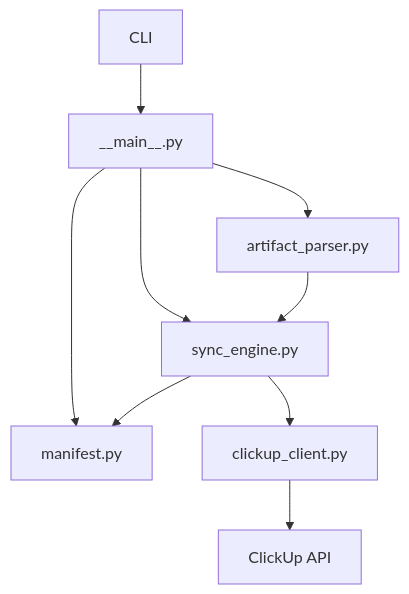
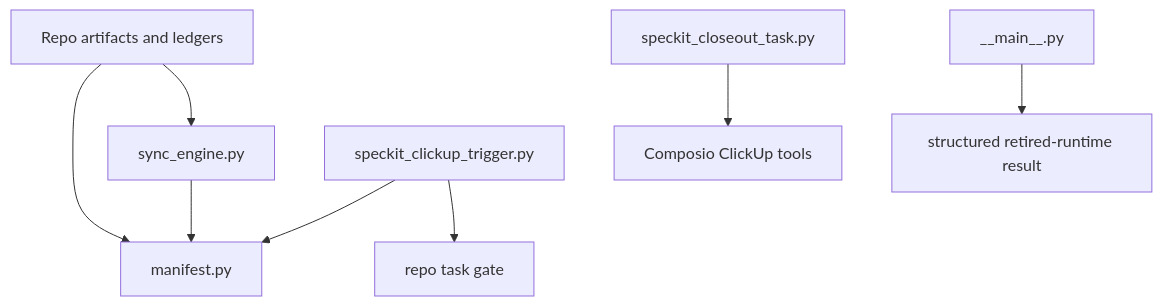
One commit to aborczuk/app-foundation changed the diagram in docs/architecture/mcp-clickup.md. Above: the diagram before and after it, drawn with Mermaid. The commit also changed other lines of this file and 12 other files, not shown here.

````diff
--- a/docs/architecture/mcp-clickup.md
+++ b/docs/architecture/mcp-clickup.md
@@ -21,11 +21,10 @@
 ```mermaid
 flowchart TD
-    A[CLI] --> B[__main__.py]
-    B --> C[artifact_parser.py]
-    B --> D[manifest.py]
-    B --> E[sync_engine.py]
-    E --> F[clickup_client.py]
-    E --> D
-    C --> E
-    F --> G[ClickUp API]
+    A["Repo artifacts and ledgers"] --> B["manifest.py"]
+    A --> C["sync_engine.py"]
+    D["speckit_closeout_task.py"] --> E["Composio ClickUp tools"]
+    F["speckit_clickup_trigger.py"] --> B
+    F --> G["repo task gate"]
+    C --> B
+    H["__main__.py"] --> I["structured retired-runtime result"]
 ```
````
